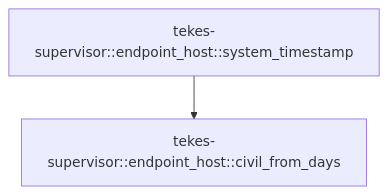
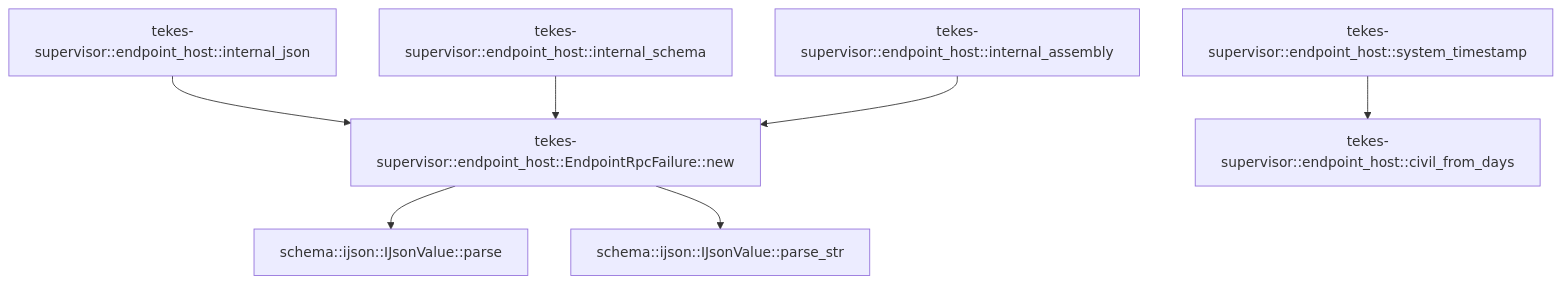
One commit to TekesApps/TekesKernel changed the seventh of 7 diagrams in crates/supervisor/docs/generated/src--endpoint_host.md. Above: the diagram before and after it, drawn with Mermaid. The commit also changed other lines of this file and 56 other files, not shown here.

Commit message:
fix(supervisor,worker,tools,endpoint): fix lease-wait receipts, legacy prompt reconciliation, and shell teardown (#166, #167, #173)

````diff
--- a/crates/supervisor/docs/generated/src--endpoint_host.md
+++ b/crates/supervisor/docs/generated/src--endpoint_host.md
@@ -686,6 +710,17 @@
 ```mermaid
 flowchart TD
-  n0["tekes-supervisor::endpoint_host::system_timestamp"]
-  n1["tekes-supervisor::endpoint_host::civil_from_days"]
-  n0 --> n1
+  n0["schema::ijson::IJsonValue::parse"]
+  n1["schema::ijson::IJsonValue::parse_str"]
+  n2["tekes-supervisor::endpoint_host::internal_json"]
+  n3["tekes-supervisor::endpoint_host::internal_schema"]
+  n4["tekes-supervisor::endpoint_host::internal_assembly"]
+  n5["tekes-supervisor::endpoint_host::EndpointRpcFailure::new"]
+  n6["tekes-supervisor::endpoint_host::system_timestamp"]
+  n7["tekes-supervisor::endpoint_host::civil_from_days"]
+  n2 --> n5
+  n3 --> n5
+  n4 --> n5
+  n5 --> n0
+  n5 --> n1
+  n6 --> n7
 ```
````
